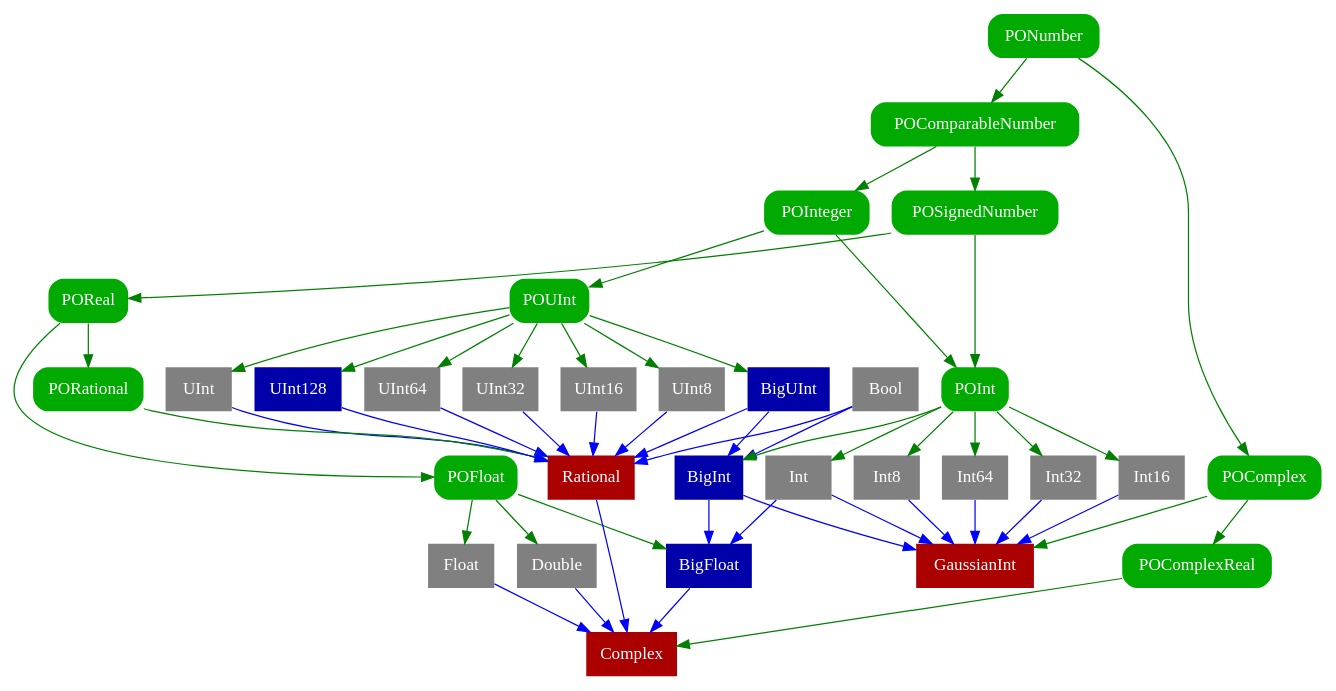
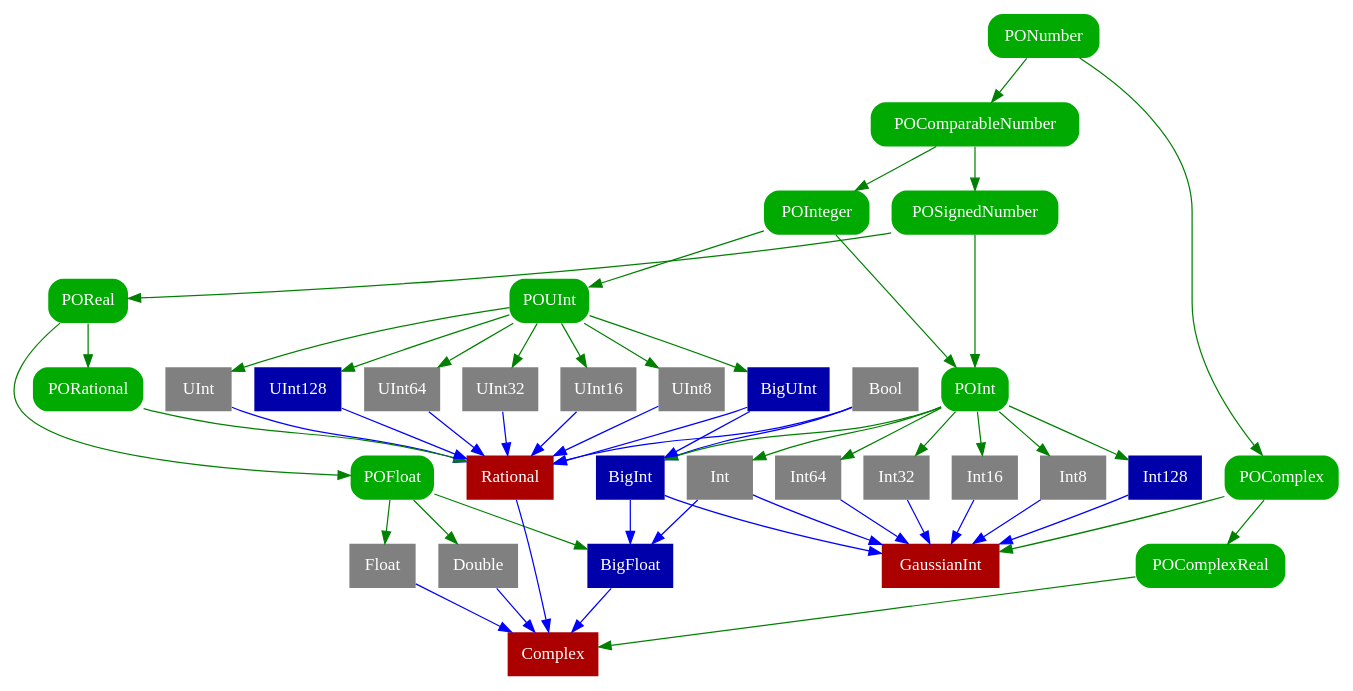
One commit to dankogai/swift2-pons changed the diagram in graph/typetree.dot. Above: the diagram before and after it, drawn with Graphviz. The commit also changed 2 other files, not shown here.

```diff
--- a/graph/typetree.dot
+++ b/graph/typetree.dot
@@ -1,77 +1,79 @@
 digraph typetree {
   node [
     shape = box
     style = "filled, rounded"
     peripheries = 0
     fontname = "San Francisco"
     fontcolor = white
     fillcolor = "#aaaaaa"
   ]
   edge [
      color = green
   ]
   node [ fillcolor = gray style = "filled"]
   Bool
   Int64 Int32 Int16 Int8 Int UInt64 UInt32 UInt16 UInt8 UInt
   Double Float
   node [ fillcolor = "#00aa00" style = "filled, rounded"]
   PONumber POComparableNumber POSignedNumber POInteger
   POUInt POInt POReal POFloat POComplex POComplexReal PORational
   node [ fillcolor = "#0000aa" style="filled"]
-  BigUInt BigInt BigFloat UInt128
+  BigUInt BigInt BigFloat UInt128 Int128
   node [ fillcolor = "#aa0000" style="filled"]
   GaussianInt Complex Rational
 
   BigFloat -> Complex  [ color = blue ]
   BigInt -> BigFloat [ color = blue ]
   BigInt -> GaussianInt [ color = blue ]
   BigUInt -> BigInt [ color = blue ]
   BigUInt -> Rational [ color = blue ]
   Bool -> BigInt [ color = blue ]
   Bool -> Rational [ color = blue ]
   Double -> Complex  [ color = blue ]
   Float -> Complex  [ color = blue ]
   Int -> BigFloat [ color = blue ]
   Int -> GaussianInt [ color = blue ]
+  Int128 -> GaussianInt [ color = blue ]
   Int16 -> GaussianInt [ color = blue ]
   Int32 -> GaussianInt [ color = blue ]
   Int64 -> GaussianInt [ color = blue ]
   Int8 -> GaussianInt [ color = blue ]
   POComparableNumber -> POInteger
   POComparableNumber -> POSignedNumber
   POComplex -> GaussianInt
   POComplex -> POComplexReal
   POComplexReal -> Complex
   POFloat -> BigFloat
   POFloat -> Double
   POFloat -> Float
   POInt -> BigInt
   POInt -> Int
+  POInt -> Int128
   POInt -> Int16
   POInt -> Int32
   POInt -> Int64
   POInt -> Int8
   POInteger -> POInt  [ color = green ]
   POInteger -> POUInt
   PONumber -> POComparableNumber
   PONumber -> POComplex
   PORational -> Rational
   POReal -> POFloat
   POReal -> PORational
   POSignedNumber -> POInt
   POSignedNumber -> POReal
   POUInt -> BigUInt
   POUInt -> UInt
   POUInt -> UInt128
   POUInt -> UInt16
   POUInt -> UInt32
   POUInt -> UInt64
   POUInt -> UInt8
   Rational -> Complex [ color = blue ]
   UInt -> Rational [ color = blue ]
   UInt128 -> Rational [ color = blue ]
   UInt16 -> Rational [ color = blue ]
   UInt32 -> Rational [ color = blue ]
   UInt64 -> Rational [ color = blue ]
   UInt8  -> Rational [ color = blue ]
 }
```
